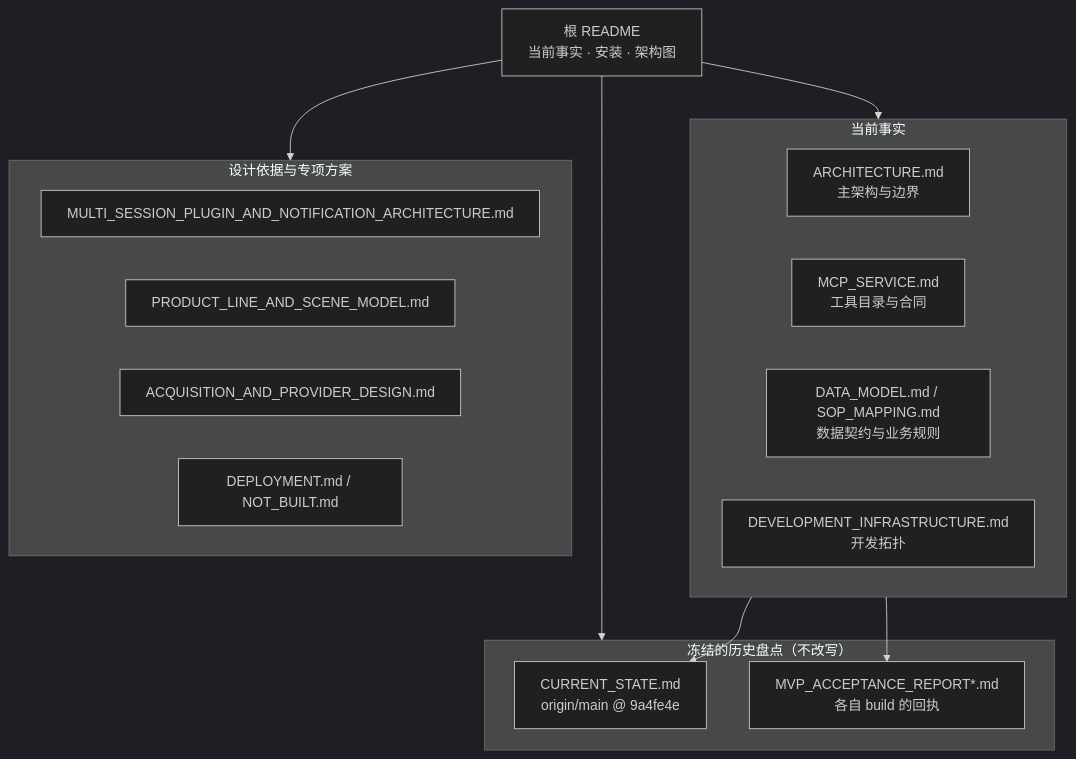
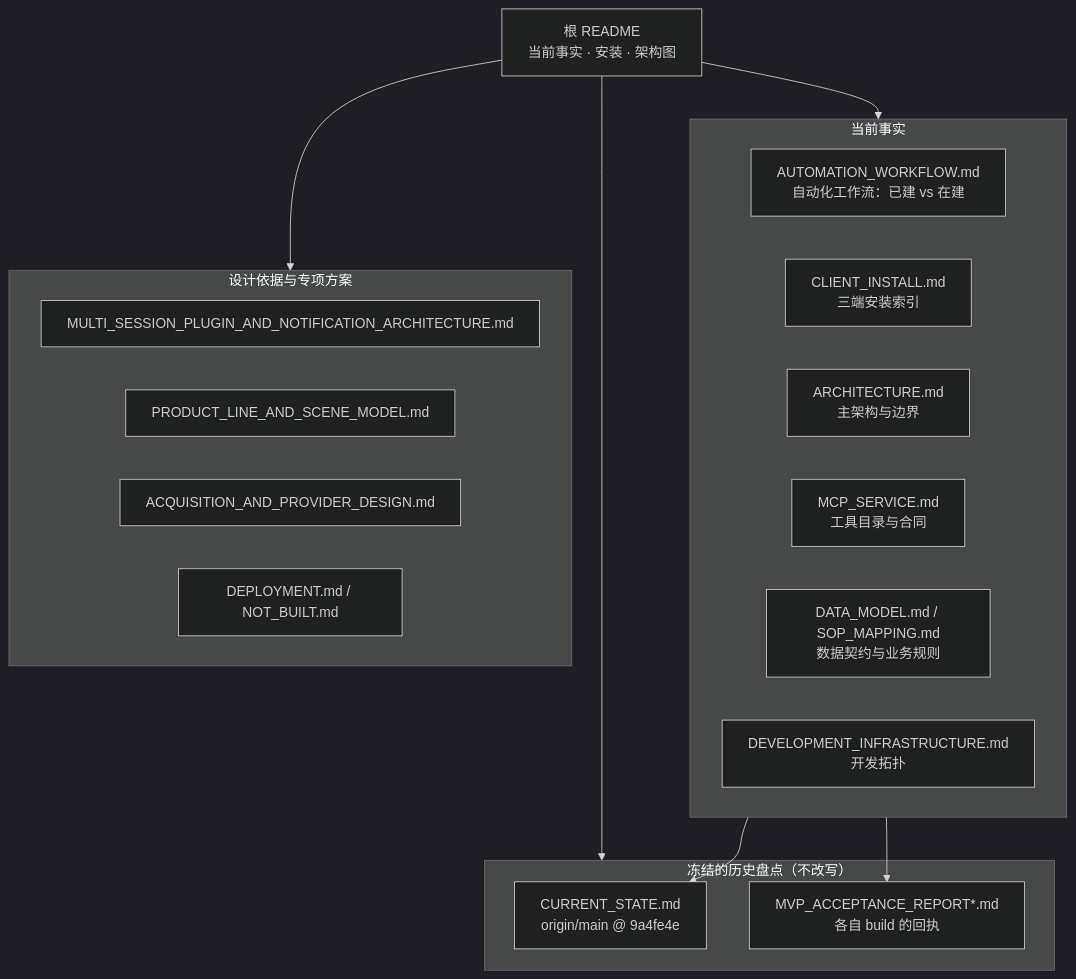
The diagram in docs/README.md (ProfessorZhi/marketops), drawn with Mermaid (dark theme) before and after one commit. The commit also changed other lines of this file and 4 other files, not shown here.

````diff
--- a/docs/README.md
+++ b/docs/README.md
@@ -9,29 +9,31 @@
 ```mermaid
 flowchart TD
     ROOT["根 README<br/>当前事实 · 安装 · 架构图"]
 
     subgraph NOW["当前事实"]
+        A0["AUTOMATION_WORKFLOW.md<br/>自动化工作流：已建 vs 在建"]
+        A5["CLIENT_INSTALL.md<br/>三端安装索引"]
         A1["ARCHITECTURE.md<br/>主架构与边界"]
         A2["MCP_SERVICE.md<br/>工具目录与合同"]
         A3["DATA_MODEL.md / SOP_MAPPING.md<br/>数据契约与业务规则"]
         A4["DEVELOPMENT_INFRASTRUCTURE.md<br/>开发拓扑"]
     end
 
     subgraph FROZEN["冻结的历史盘点（不改写）"]
         F1["CURRENT_STATE.md<br/>origin/main @ 9a4fe4e"]
         F2["MVP_ACCEPTANCE_REPORT*.md<br/>各自 build 的回执"]
     end
 
     subgraph DESIGN["设计依据与专项方案"]
         D1["MULTI_SESSION_PLUGIN_AND_NOTIFICATION_ARCHITECTURE.md"]
         D2["PRODUCT_LINE_AND_SCENE_MODEL.md"]
         D3["ACQUISITION_AND_PROVIDER_DESIGN.md"]
         D4["DEPLOYMENT.md / NOT_BUILT.md"]
     end
 
     ROOT --> NOW
     ROOT --> FROZEN
     ROOT --> DESIGN
     NOW --> F1
     NOW --> F2
 ```
````
